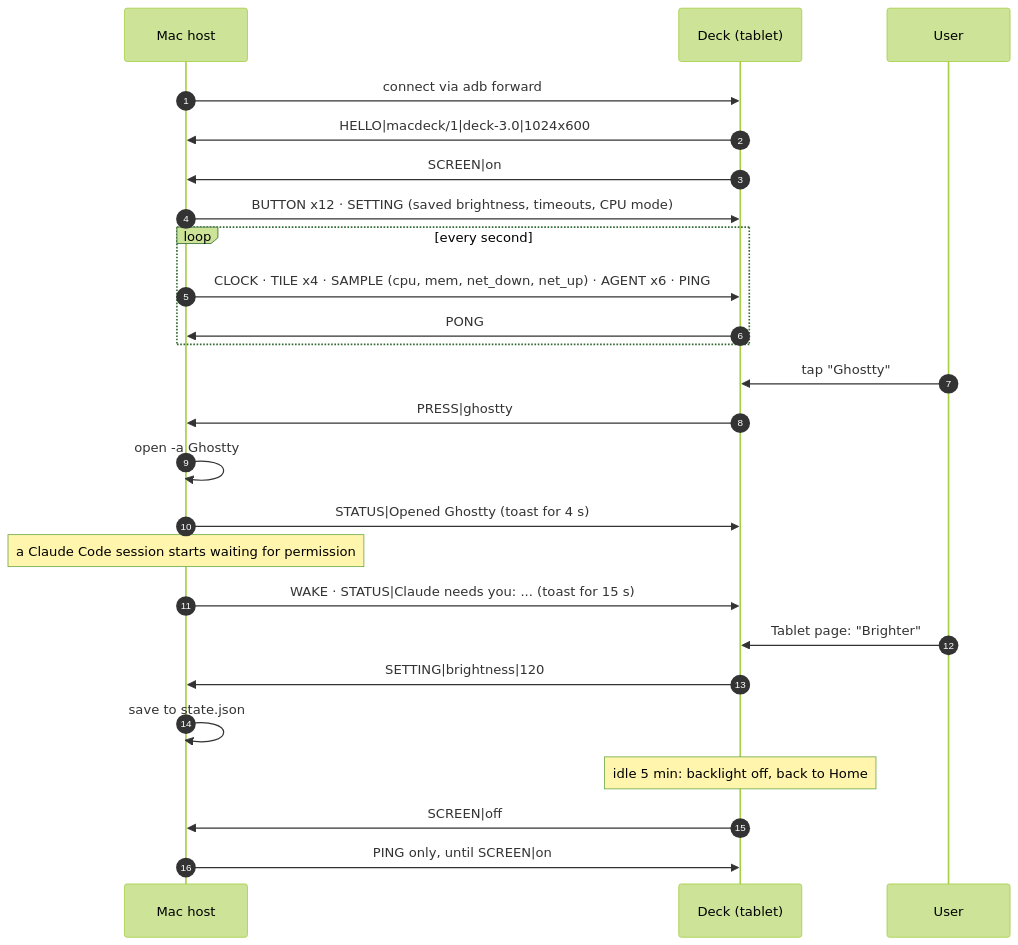
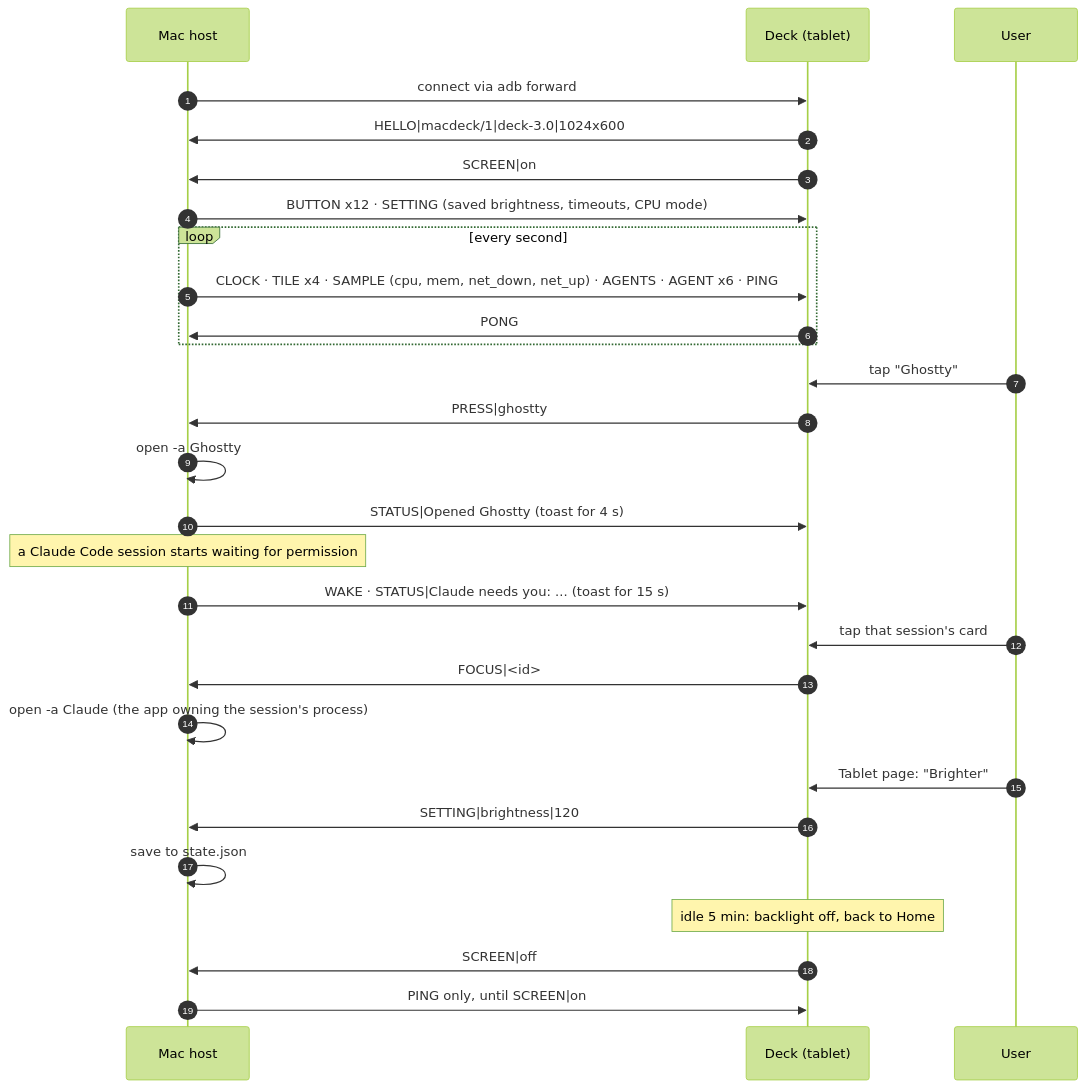
Before and after one commit to KhaledSaeed18/macdeck: the third of 6 diagrams in README.md, drawn with Mermaid (forest theme). The commit also changed other lines of this file, not shown here.

Commit message:
docs(readme): Home summary, tap to open sessions, needs-you badge and +N more

````diff
--- a/README.md
+++ b/README.md
@@ -91,28 +91,31 @@
 ```mermaid
 sequenceDiagram
     autonumber
     participant H as Mac host
     participant D as Deck (tablet)
     participant U as User
 
     H->>D: connect via adb forward
     D->>H: HELLO|macdeck/1|deck-3.0|1024x600
     D->>H: SCREEN|on
     H->>D: BUTTON x12 · SETTING (saved brightness, timeouts, CPU mode)
     loop every second
-        H->>D: CLOCK · TILE x4 · SAMPLE (cpu, mem, net_down, net_up) · AGENT x6 · PING
+        H->>D: CLOCK · TILE x4 · SAMPLE (cpu, mem, net_down, net_up) · AGENTS · AGENT x6 · PING
         D->>H: PONG
     end
     U->>D: tap "Ghostty"
     D->>H: PRESS|ghostty
     H->>H: open -a Ghostty
     H->>D: STATUS|Opened Ghostty (toast for 4 s)
     Note over H: a Claude Code session starts waiting for permission
     H->>D: WAKE · STATUS|Claude needs you: ... (toast for 15 s)
+    U->>D: tap that session's card
+    D->>H: FOCUS|<id>
+    H->>H: open -a Claude (the app owning the session's process)
     U->>D: Tablet page: "Brighter"
     D->>H: SETTING|brightness|120
     H->>H: save to state.json
     Note over D: idle 5 min: backlight off, back to Home
     D->>H: SCREEN|off
     H->>D: PING only, until SCREEN|on
 ```
````
